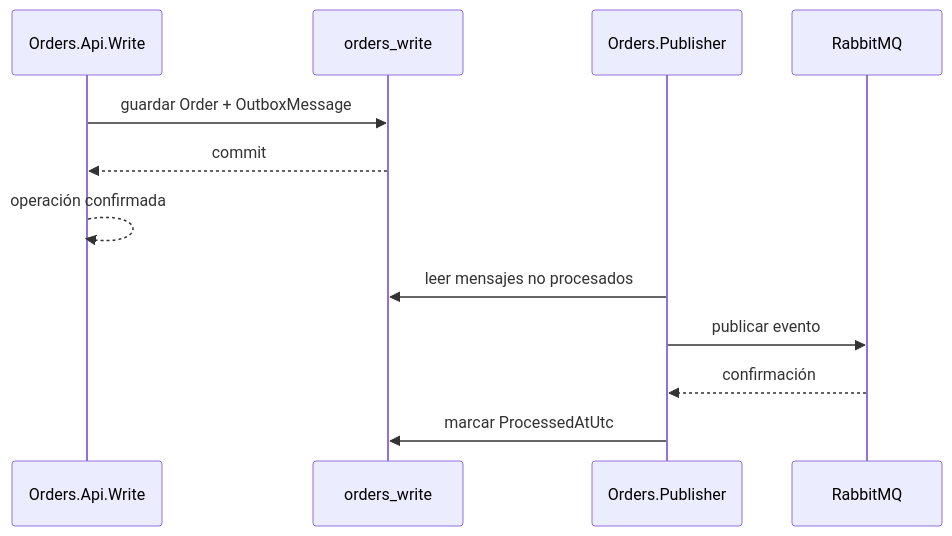
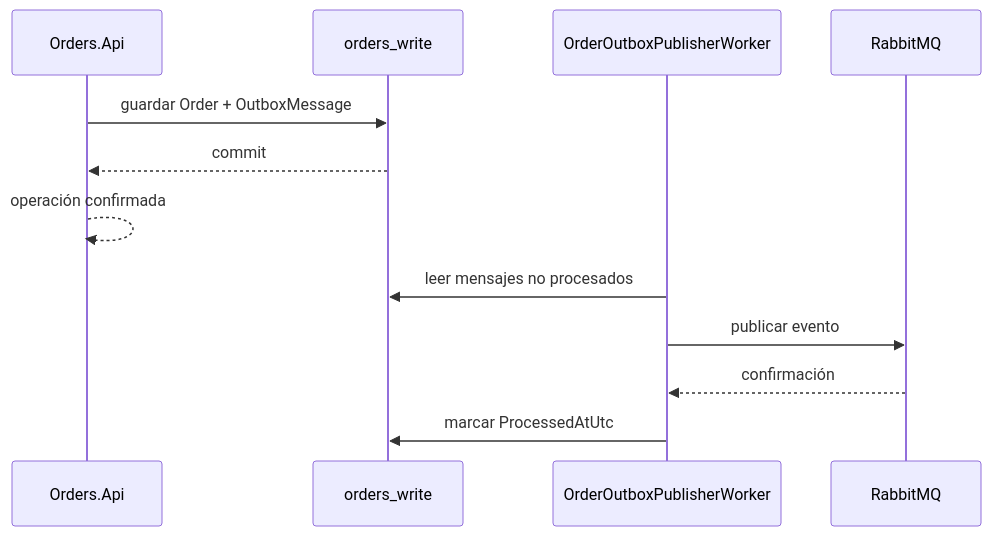
One commit to sergioocode/Restaurantes changed the seventh of 7 diagrams in docs/Orders.README.md. Above: the diagram before and after it, drawn with Mermaid. The commit also changed other lines of this file and 11 other files, not shown here.

````diff
--- a/docs/Orders.README.md
+++ b/docs/Orders.README.md
@@ -436,16 +434,16 @@
 ```mermaid
 sequenceDiagram
-    participant API as Orders.Api.Write
+    participant API as Orders.Api
     participant DB as orders_write
-    participant Publisher as Orders.Publisher
+    participant Publisher as OrderOutboxPublisherWorker
     participant MQ as RabbitMQ
 
     API->>DB: guardar Order + OutboxMessage
     DB-->>API: commit
     API-->>API: operación confirmada
 
     Publisher->>DB: leer mensajes no procesados
     Publisher->>MQ: publicar evento
     MQ-->>Publisher: confirmación
     Publisher->>DB: marcar ProcessedAtUtc
 ```
````
